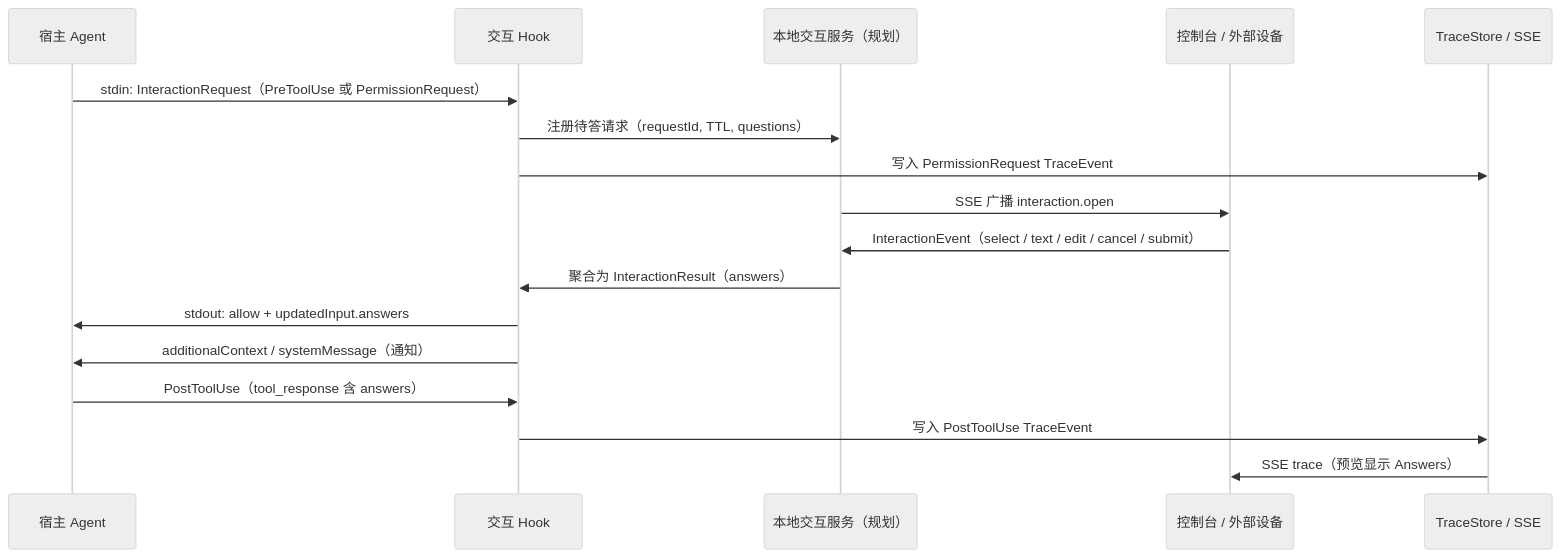
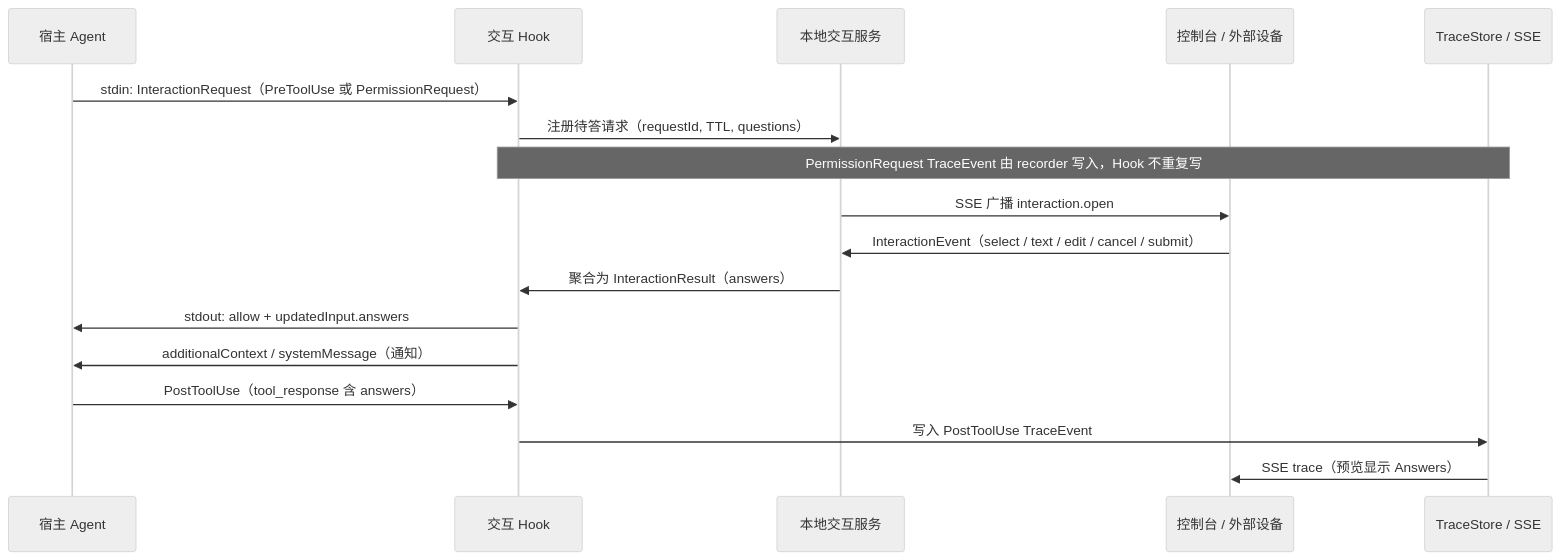
Before and after one commit to chaos-design/astro: the second of 2 diagrams in docs/interaction-hooks-zh.md, drawn with Mermaid (neutral theme). The commit also changed other lines of this file and 40 other files, not shown here.

````diff
--- a/docs/interaction-hooks-zh.md
+++ b/docs/interaction-hooks-zh.md
@@ -66,19 +70,19 @@
 ```mermaid
 sequenceDiagram
   participant Agent as 宿主 Agent
   participant Hook as 交互 Hook
-  participant Bridge as 本地交互服务（规划）
+  participant Bridge as 本地交互服务
   participant UI as 控制台 / 外部设备
   participant Store as TraceStore / SSE
   Agent->>Hook: stdin: InteractionRequest（PreToolUse 或 PermissionRequest）
   Hook->>Bridge: 注册待答请求（requestId, TTL, questions）
-  Hook->>Store: 写入 PermissionRequest TraceEvent
+  Note over Hook,Store: PermissionRequest TraceEvent 由 recorder 写入，Hook 不重复写
   Bridge->>UI: SSE 广播 interaction.open
   UI->>Bridge: InteractionEvent（select / text / edit / cancel / submit）
   Bridge->>Hook: 聚合为 InteractionResult（answers）
   Hook->>Agent: stdout: allow + updatedInput.answers
   Hook->>Agent: additionalContext / systemMessage（通知）
   Agent->>Hook: PostToolUse（tool_response 含 answers）
   Hook->>Store: 写入 PostToolUse TraceEvent
   Store->>UI: SSE trace（预览显示 Answers）
 ```
````
